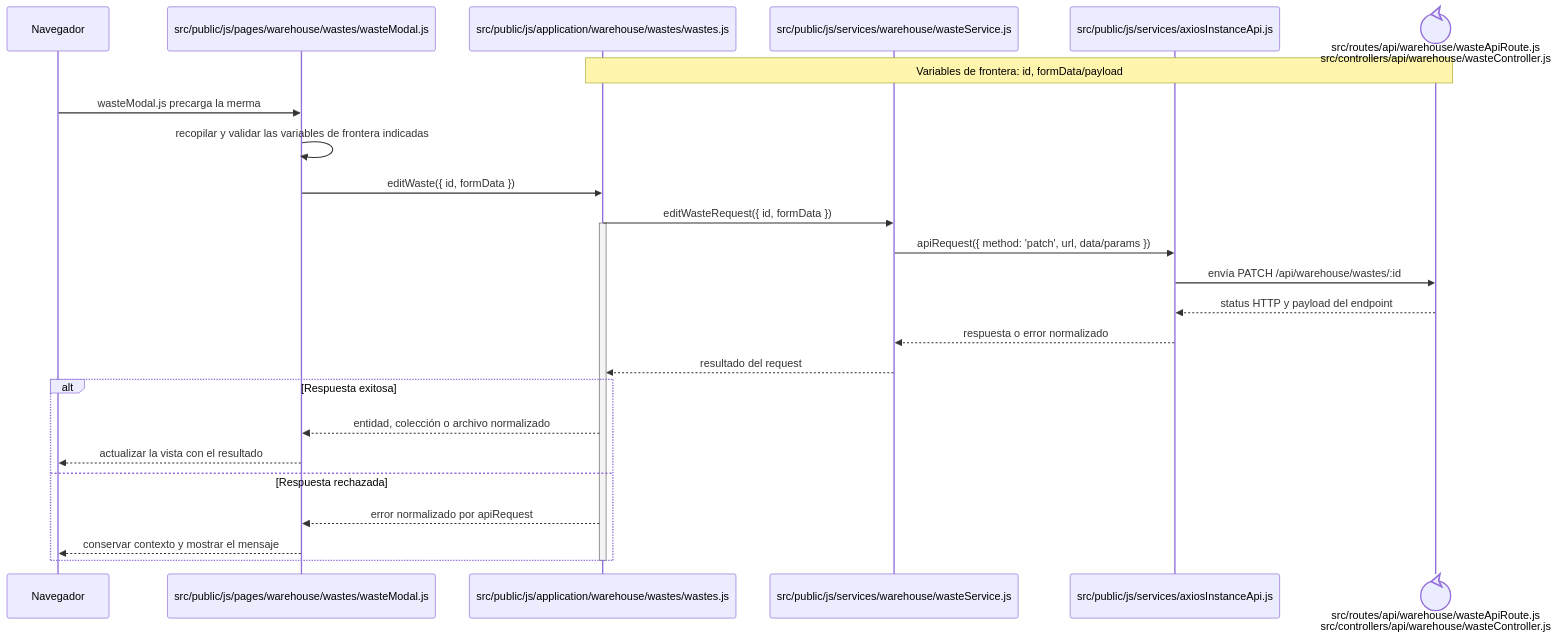
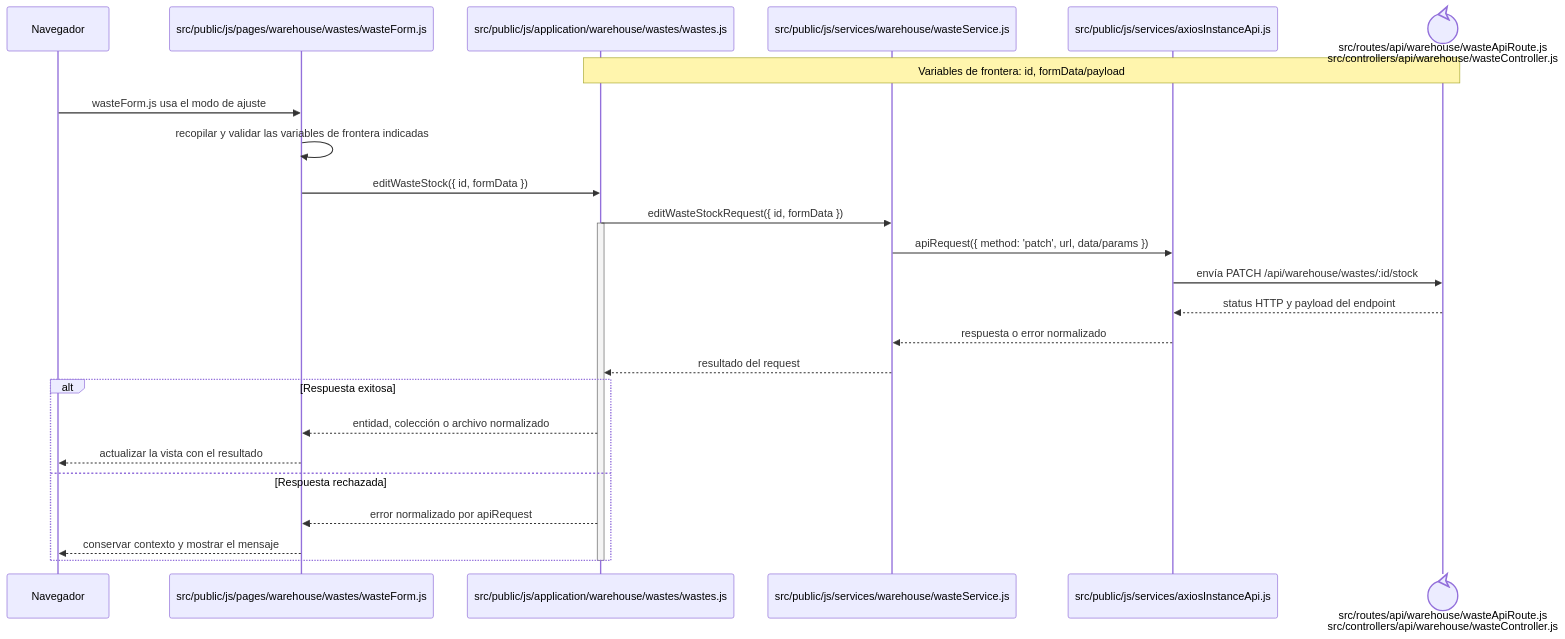
The diagram in docs/architecture/frontend-code-sequences/catalogs/cu-cat-21.md (gpgsistemas01/nexus), drawn with Mermaid before and after one commit. The commit also changed other lines of this file and 207 other files, not shown here.

````diff
--- a/docs/architecture/frontend-code-sequences/catalogs/cu-cat-21.md
+++ b/docs/architecture/frontend-code-sequences/catalogs/cu-cat-21.md
@@ -6,29 +6,29 @@
 ```mermaid
 sequenceDiagram
     participant Browser as Navegador
-    participant View as src/public/js/pages/warehouse/wastes/wasteModal.js
+    participant View as src/public/js/pages/warehouse/wastes/wasteForm.js
     participant Application as src/public/js/application/warehouse/wastes/wastes.js
     participant Request as src/public/js/services/warehouse/wasteService.js
     participant HTTP as src/public/js/services/axiosInstanceApi.js
     participant Transport@{ "type": "control" } as src/routes/api/warehouse/wasteApiRoute.js<br/>src/controllers/api/warehouse/wasteController.js
     Note over Application,Transport: Variables de frontera: id, formData/payload
 
-    Browser->>View: wasteModal.js precarga la merma
+    Browser->>View: wasteForm.js usa el modo de ajuste
     View->>View: recopilar y validar las variables de frontera indicadas
-    View->>Application: editWaste({ id, formData })
-    Application->>Request: editWasteRequest({ id, formData })
+    View->>Application: editWasteStock({ id, formData })
+    Application->>Request: editWasteStockRequest({ id, formData })
     activate Application
     Request->>HTTP: apiRequest({ method: 'patch', url, data/params })
-    HTTP->>Transport: envía PATCH /api/warehouse/wastes/:id
+    HTTP->>Transport: envía PATCH /api/warehouse/wastes/:id/stock
     Transport-->>HTTP: status HTTP y payload del endpoint
     HTTP-->>Request: respuesta o error normalizado
     Request-->>Application: resultado del request
     alt Respuesta exitosa
         Application-->>View: entidad, colección o archivo normalizado
         View-->>Browser: actualizar la vista con el resultado
     else Respuesta rechazada
         Application-->>View: error normalizado por apiRequest
         View-->>Browser: conservar contexto y mostrar el mensaje
     end
     deactivate Application
 ```
````
